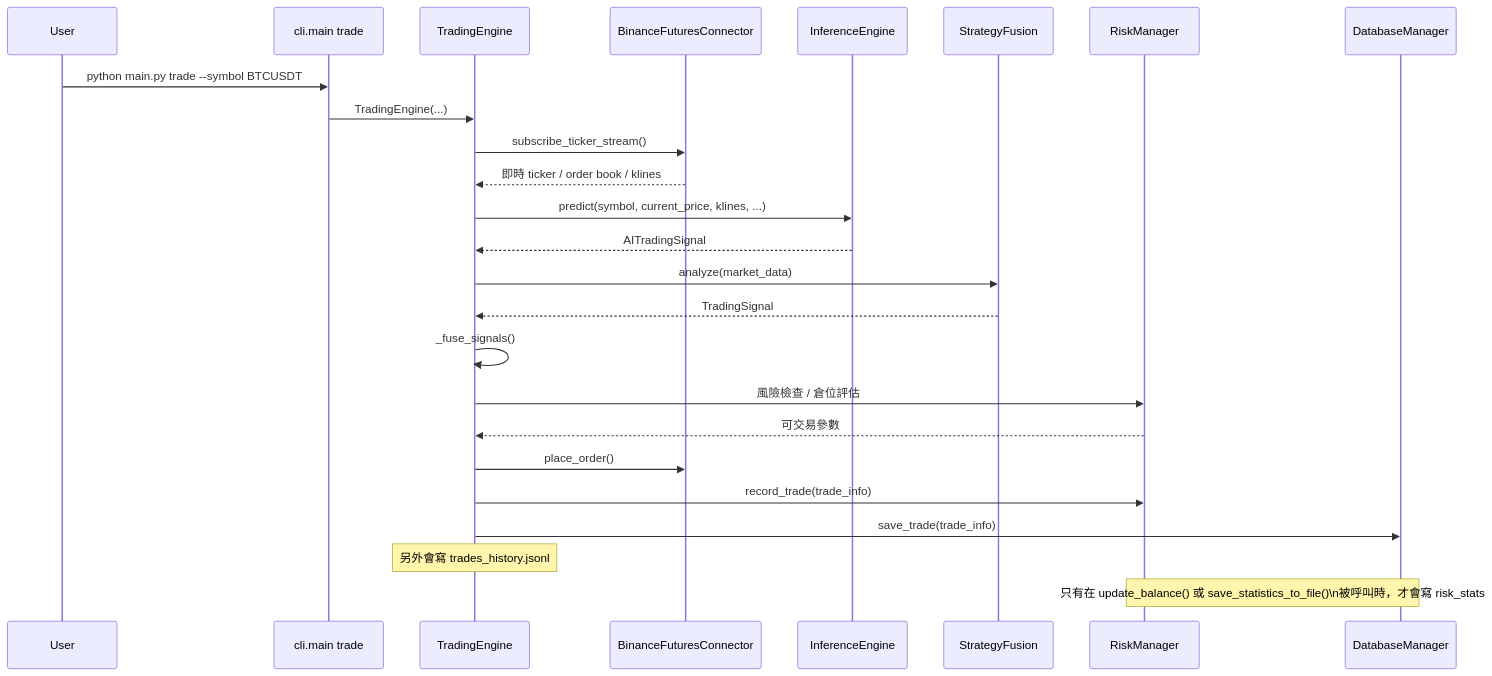
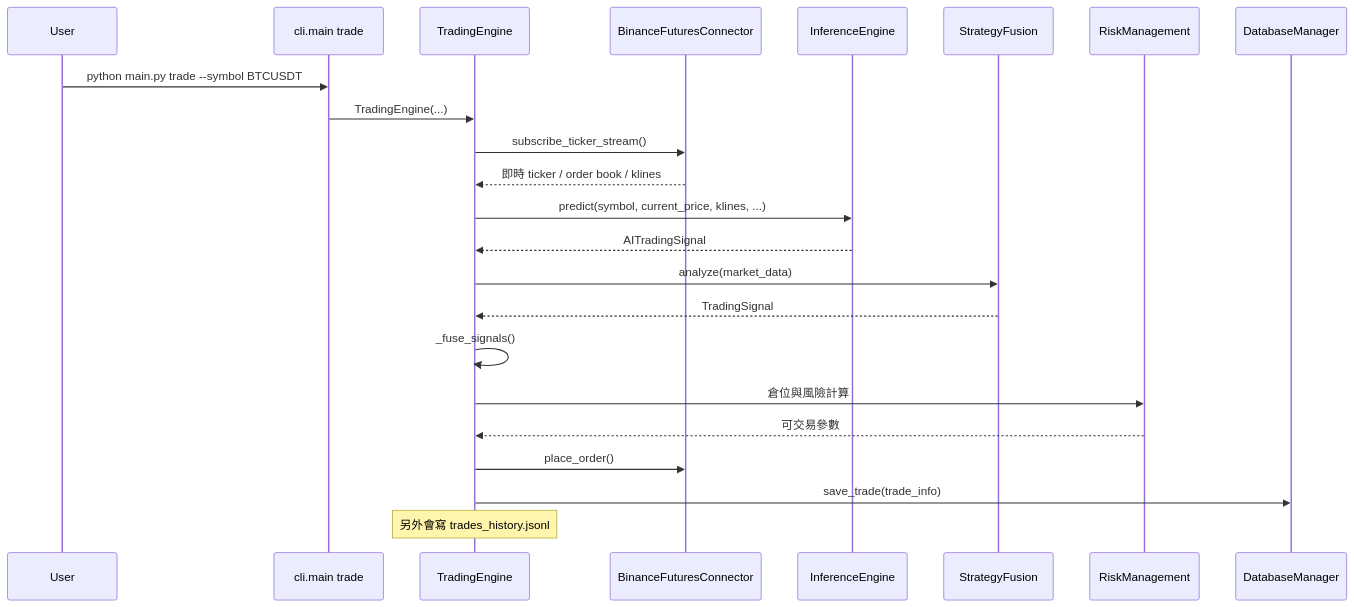
The fourth of 8 diagrams in docs/PROJECT_HANDOVER_MAP.md (kyle0527/BioNeuronai), drawn with Mermaid before and after one commit. The commit also changed other lines of this file and 338 other files, not shown here.

````diff
--- a/docs/PROJECT_HANDOVER_MAP.md
+++ b/docs/PROJECT_HANDOVER_MAP.md
@@ -221,28 +214,26 @@
 ```mermaid
 sequenceDiagram
     participant U as User
     participant CLI as cli.main trade
     participant TE as TradingEngine
     participant BFC as BinanceFuturesConnector
     participant IE as InferenceEngine
     participant SF as StrategyFusion
-    participant RM as RiskManager
+    participant RM as RiskManagement
     participant DB as DatabaseManager
 
     U->>CLI: python main.py trade --symbol BTCUSDT
     CLI->>TE: TradingEngine(...)
     TE->>BFC: subscribe_ticker_stream()
     BFC-->>TE: 即時 ticker / order book / klines
     TE->>IE: predict(symbol, current_price, klines, ...)
     IE-->>TE: AITradingSignal
     TE->>SF: analyze(market_data)
     SF-->>TE: TradingSignal
     TE->>TE: _fuse_signals()
-    TE->>RM: 風險檢查 / 倉位評估
+    TE->>RM: 倉位與風險計算
     RM-->>TE: 可交易參數
     TE->>BFC: place_order()
-    TE->>RM: record_trade(trade_info)
     TE->>DB: save_trade(trade_info)
     Note over TE: 另外會寫 trades_history.jsonl
-    Note over RM,DB: 只有在 update_balance() 或 save_statistics_to_file()\n被呼叫時，才會寫 risk_stats
 ```
````
